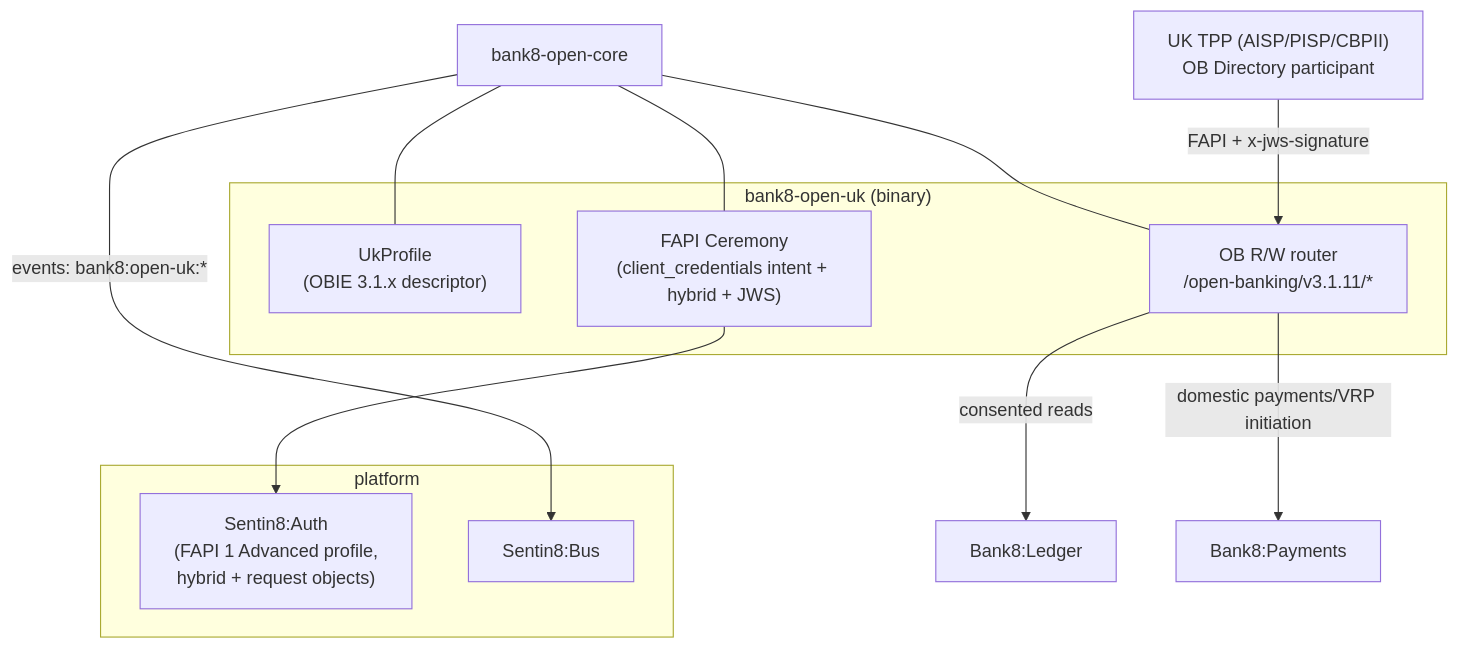
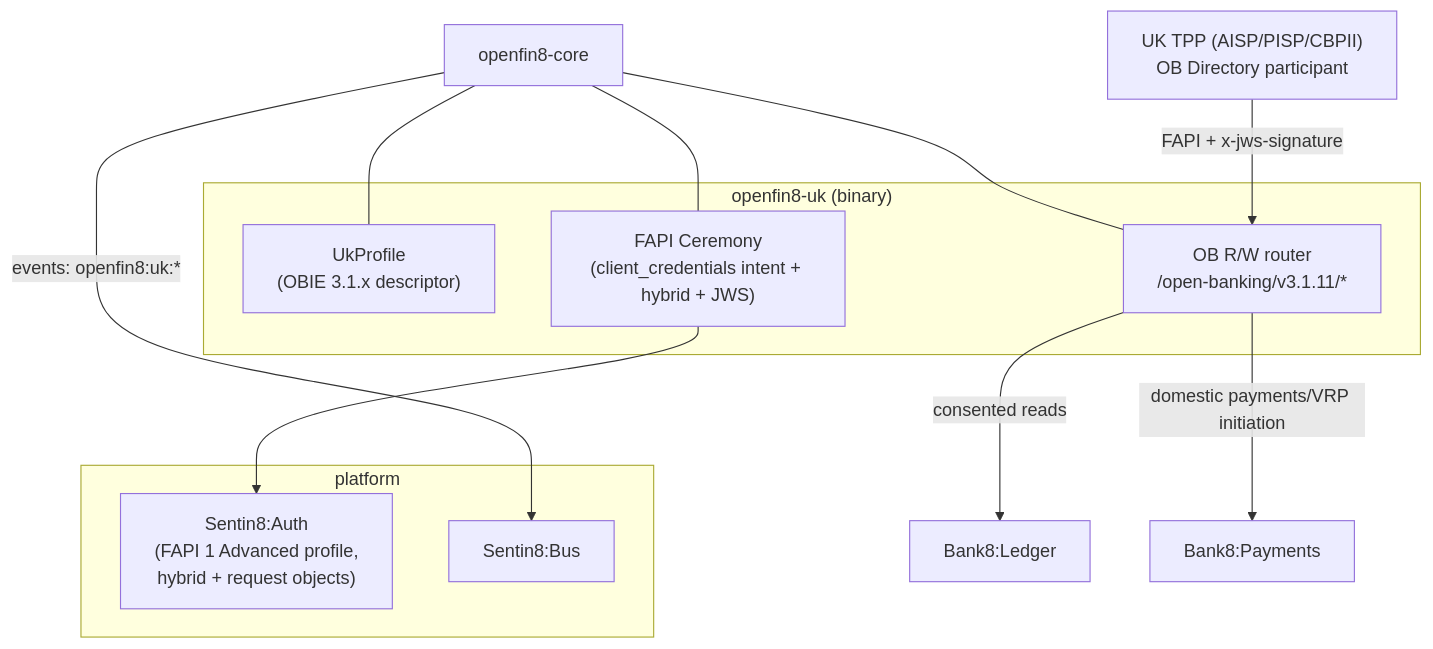
Before and after one commit to OpenFin8/openfin8-uk: the first of 2 diagrams in DESIGN.md, drawn with Mermaid. The commit also changed other lines of this file and 13 other files, not shown here.

First line of the commit message:
OBVERT-2: the OpenFin8 vertical identity - openfin8-uk

````diff
--- a/DESIGN.md
+++ b/DESIGN.md
@@ -52,22 +52,22 @@
 ```mermaid
 graph TD
-    subgraph bank8["bank8-open-uk (binary)"]
+    subgraph bank8["openfin8-uk (binary)"]
         PROF["UkProfile<br/>(OBIE 3.1.x descriptor)"]
         CER["FAPI Ceremony<br/>(client_credentials intent + hybrid + JWS)"]
         WIRE["OB R/W router<br/>/open-banking/v3.1.11/*"]
     end
-    CORE["bank8-open-core"]
+    CORE["openfin8-core"]
     subgraph platform
         AUTH["Sentin8:Auth<br/>(FAPI 1 Advanced profile,<br/>hybrid + request objects)"]
         BUS["Sentin8:Bus"]
     end
     LEDGER["Bank8:Ledger"]
     PAY["Bank8:Payments"]
     TPP["UK TPP (AISP/PISP/CBPII)<br/>OB Directory participant"]
     TPP -->|"FAPI + x-jws-signature"| WIRE
     CORE --- PROF & CER & WIRE
     CER --> AUTH
     WIRE -->|"consented reads"| LEDGER
     WIRE -->|"domestic payments/VRP initiation"| PAY
-    CORE -->|"events: bank8:open-uk:*"| BUS
+    CORE -->|"events: openfin8:uk:*"| BUS
 ```
````
